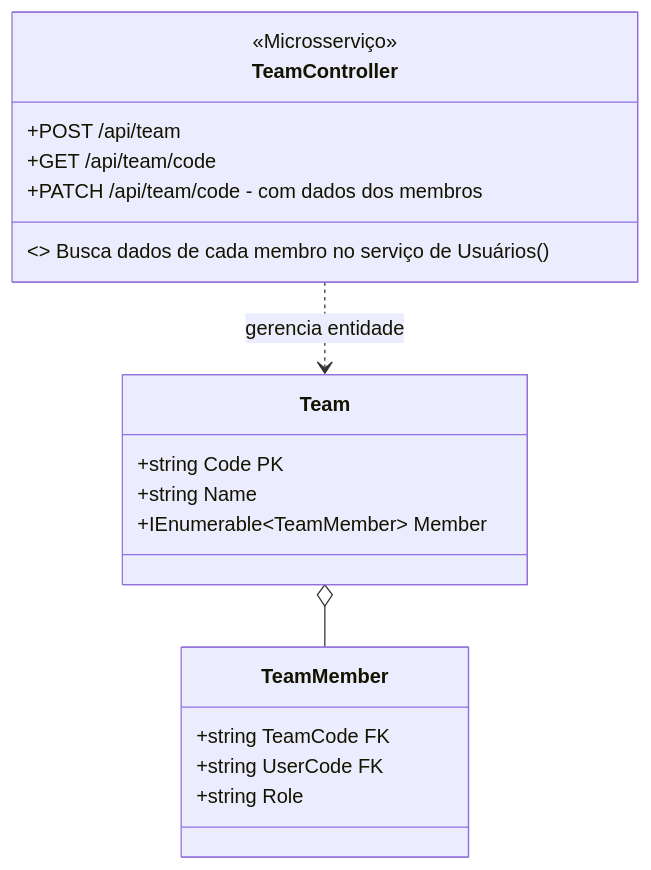
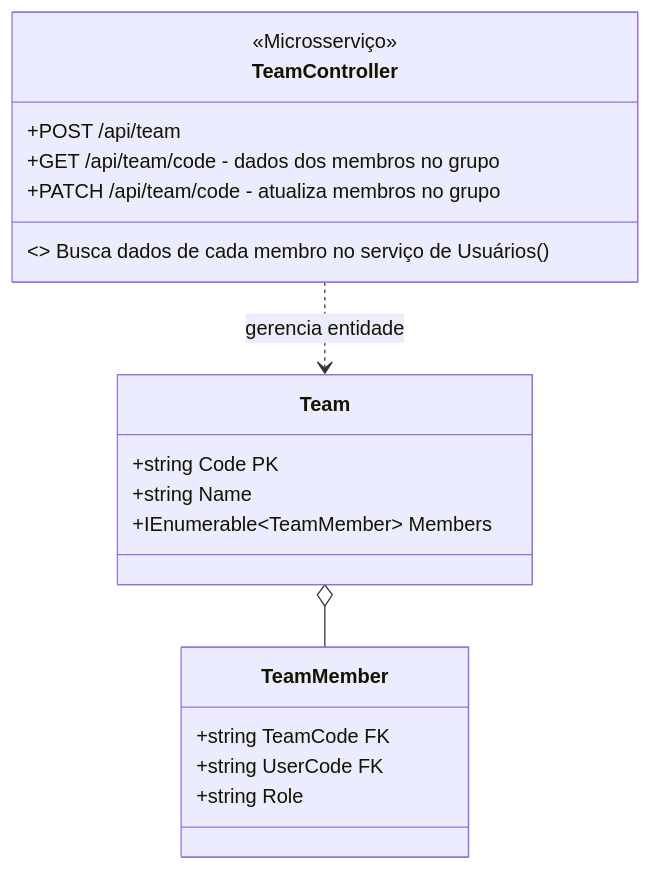
The third of 7 diagrams in README.md (thales-vaz-sousa/Branchstorm), drawn with Mermaid before and after one commit. The commit also changed other lines of this file and 7 other files, not shown here.

````diff
--- a/README.md
+++ b/README.md
@@ -103,26 +103,26 @@
 ```mermaid
 classDiagram
     class TeamController {
         <<Microsserviço>>
         +POST /api/team
-        +GET /api/team/code 
-        +PATCH /api/team/code - com dados dos membros
+        +GET /api/team/code - dados dos membros no grupo
+        +PATCH /api/team/code - atualiza membros no grupo
 
         <> Busca dados de cada membro no serviço de Usuários ()
     }
 
     class Team {
         +string Code PK
         +string Name
-        +IEnumerable~TeamMember~ Member
+        +IEnumerable~TeamMember~ Members
     }
 
     class TeamMember {
         +string TeamCode FK
         +string UserCode FK
         +string Role
     }
 
     TeamController ..> Team : gerencia entidade
     Team o-- TeamMember : 
 ```
````
